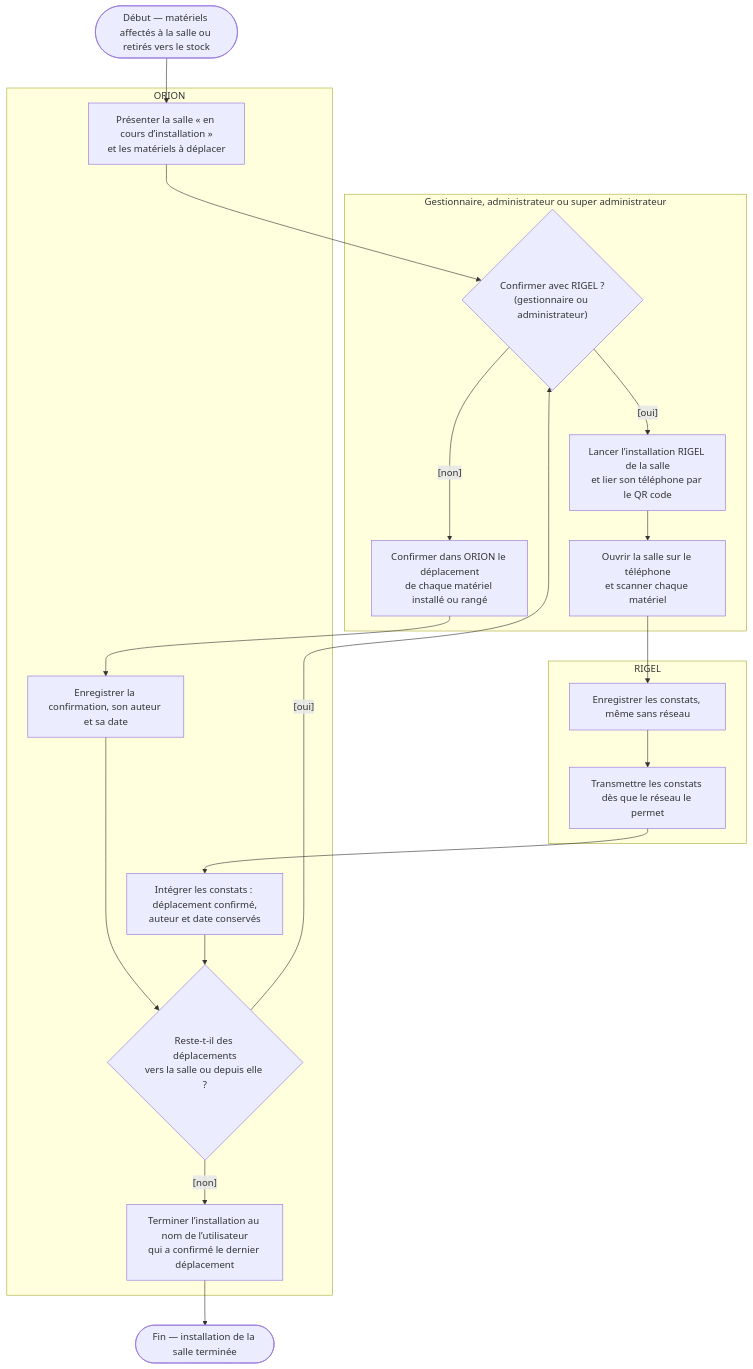
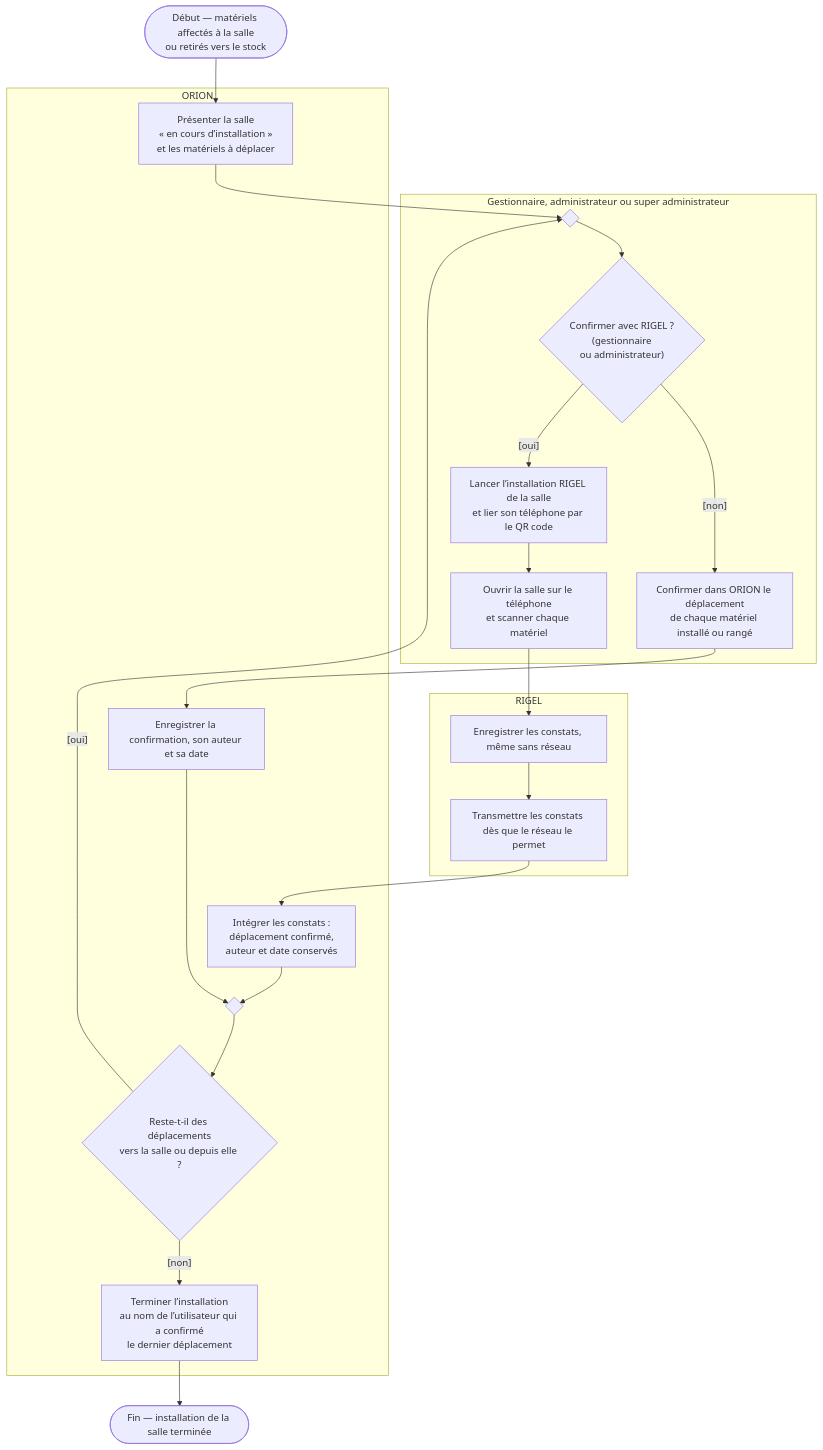
One commit to bpierrelouis/aster changed the sixth of 19 diagrams in docs/02-ANALYSE/02-CAPTURE-DES-BESOINS/08-DIAGRAMMES-ACTIVITE-CAS-UTILISATION.md. Above: the diagram before and after it, drawn with Mermaid. The commit also changed other lines of this file and 34 other files, not shown here.

First line of the commit message:
docs(diagrammes): aligner les diagrammes UML sur le code et les remettre en page

````diff
--- a/docs/02-ANALYSE/02-CAPTURE-DES-BESOINS/08-DIAGRAMMES-ACTIVITE-CAS-UTILISATION.md
+++ b/docs/02-ANALYSE/02-CAPTURE-DES-BESOINS/08-DIAGRAMMES-ACTIVITE-CAS-UTILISATION.md
@@ -174,31 +181,33 @@
 ```mermaid
 flowchart TD
-    debut(["Début — matériels affectés à la salle ou retirés vers le stock"])
+    debut(["Début — matériels affectés à la salle<br/>ou retirés vers le stock"])
     fin(["Fin — installation de la salle terminée"])
 
     subgraph GESTIONNAIRE["Gestionnaire, administrateur ou super administrateur"]
-        mode{"Confirmer avec RIGEL ?<br/>(gestionnaire ou administrateur)"}
+        fusionMode{" "}
+        mode{"Confirmer avec RIGEL ?<br/>(gestionnaire<br/>ou administrateur)"}
         confirmerOrion["Confirmer dans ORION le déplacement<br/>de chaque matériel installé ou rangé"]
         lier["Lancer l’installation RIGEL de la salle<br/>et lier son téléphone par le QR code"]
         scanner["Ouvrir la salle sur le téléphone<br/>et scanner chaque matériel"]
     end
 
     subgraph RIGEL["RIGEL"]
         constater["Enregistrer les constats, même sans réseau"]
         transmettre["Transmettre les constats dès que le réseau le permet"]
     end
 
     subgraph SYSTEME["ORION"]
-        enCours["Présenter la salle « en cours d’installation »<br/>et les matériels à déplacer"]
-        integrer["Intégrer les constats : déplacement confirmé,<br/>auteur et date conservés"]
+        enCours["Présenter la salle<br/>« en cours d’installation »<br/>et les matériels à déplacer"]
+        integrer["Intégrer les constats :<br/>déplacement confirmé,<br/>auteur et date conservés"]
         enregistrer["Enregistrer la confirmation, son auteur et sa date"]
+        fusionReste{" "}
         reste{"Reste-t-il des déplacements<br/>vers la salle ou depuis elle ?"}
-        terminer["Terminer l’installation au nom de l’utilisateur<br/>qui a confirmé le dernier déplacement"]
+        terminer["Terminer l’installation<br/>au nom de l’utilisateur qui a confirmé<br/>le dernier déplacement"]
     end
 
-    debut --> enCours --> mode
-    mode -->|"[non]"| confirmerOrion --> enregistrer --> reste
-    mode -->|"[oui]"| lier --> scanner --> constater --> transmettre --> integrer --> reste
-    reste -->|"[oui]"| mode
+    debut --> enCours --> fusionMode --> mode
+    mode -->|"[non]"| confirmerOrion --> enregistrer --> fusionReste --> reste
+    mode -->|"[oui]"| lier --> scanner --> constater --> transmettre --> integrer --> fusionReste
+    reste -->|"[oui]"| fusionMode
     reste -->|"[non]"| terminer --> fin
 ```
````
